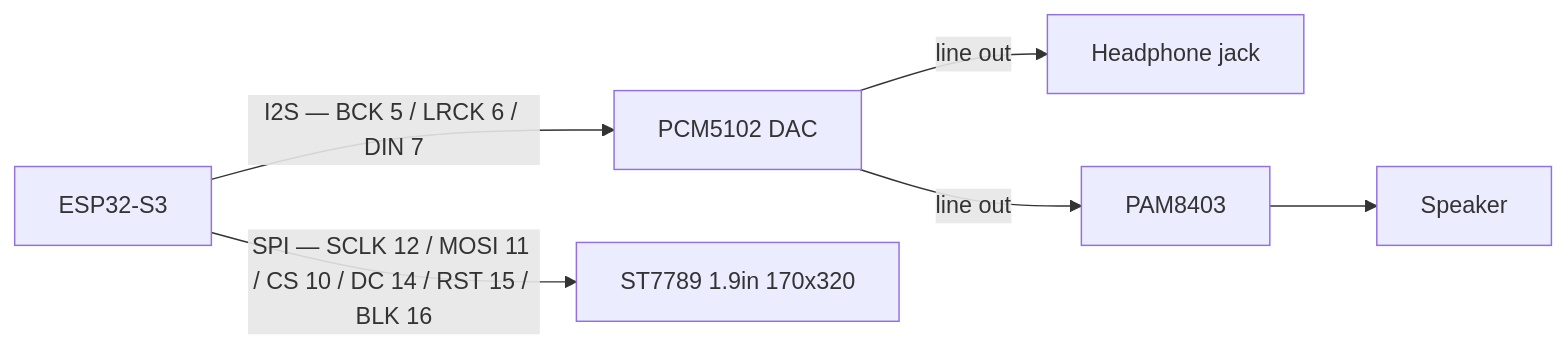
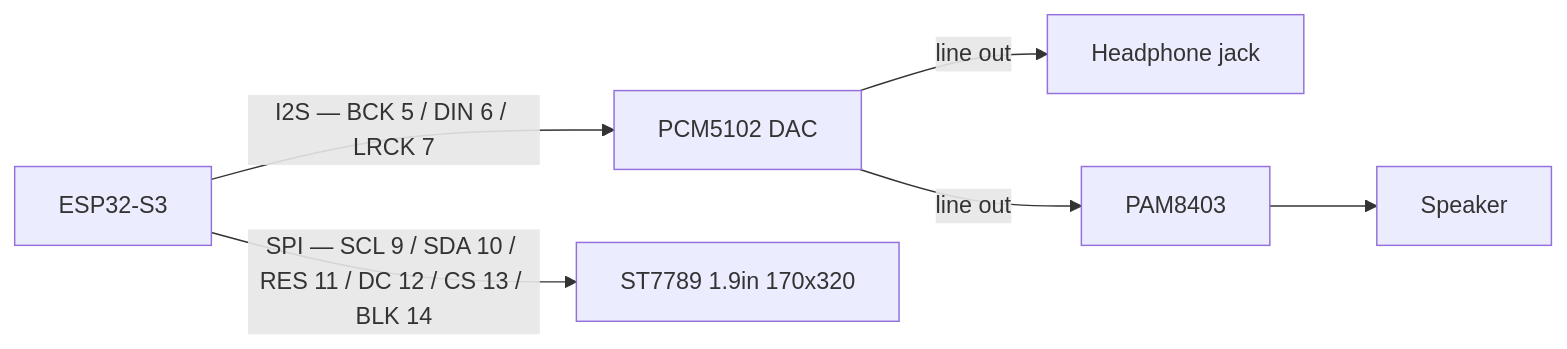
Before and after one commit to salazarr-js/pocket-groovebox: the diagram in docs/wiring.md, drawn with Mermaid. The commit also changed other lines of this file and 10 other files, not shown here.

````diff
--- a/docs/wiring.md
+++ b/docs/wiring.md
@@ -9,9 +9,9 @@
 ```mermaid
 flowchart LR
     MCU["ESP32-S3"]
-    MCU -->|"I2S — BCK 5 / LRCK 6 / DIN 7"| DAC["PCM5102 DAC"]
-    MCU -->|"SPI — SCLK 12 / MOSI 11 / CS 10 / DC 14 / RST 15 / BLK 16"| TFT["ST7789 1.9in 170x320"]
+    MCU -->|"I2S — BCK 5 / DIN 6 / LRCK 7"| DAC["PCM5102 DAC"]
+    MCU -->|"SPI — SCL 9 / SDA 10 / RES 11 / DC 12 / CS 13 / BLK 14"| TFT["ST7789 1.9in 170x320"]
     DAC -->|"line out"| HP["Headphone jack"]
     DAC -->|"line out"| AMP["PAM8403"]
     AMP --> SPK["Speaker"]
 ```
````
